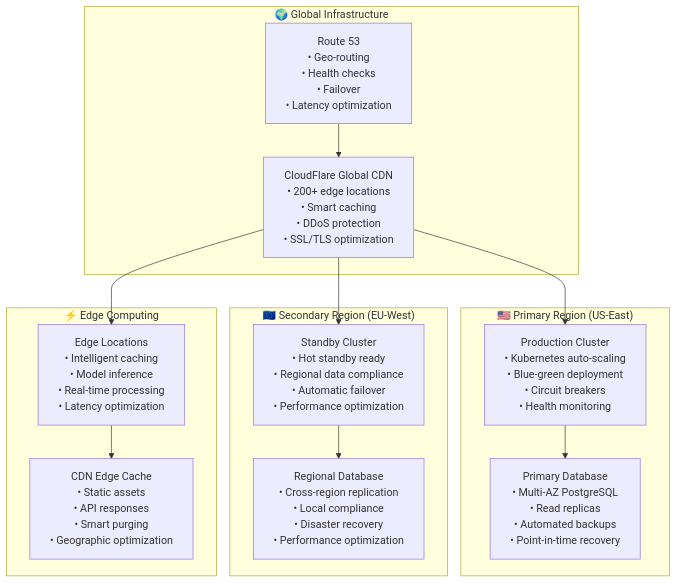
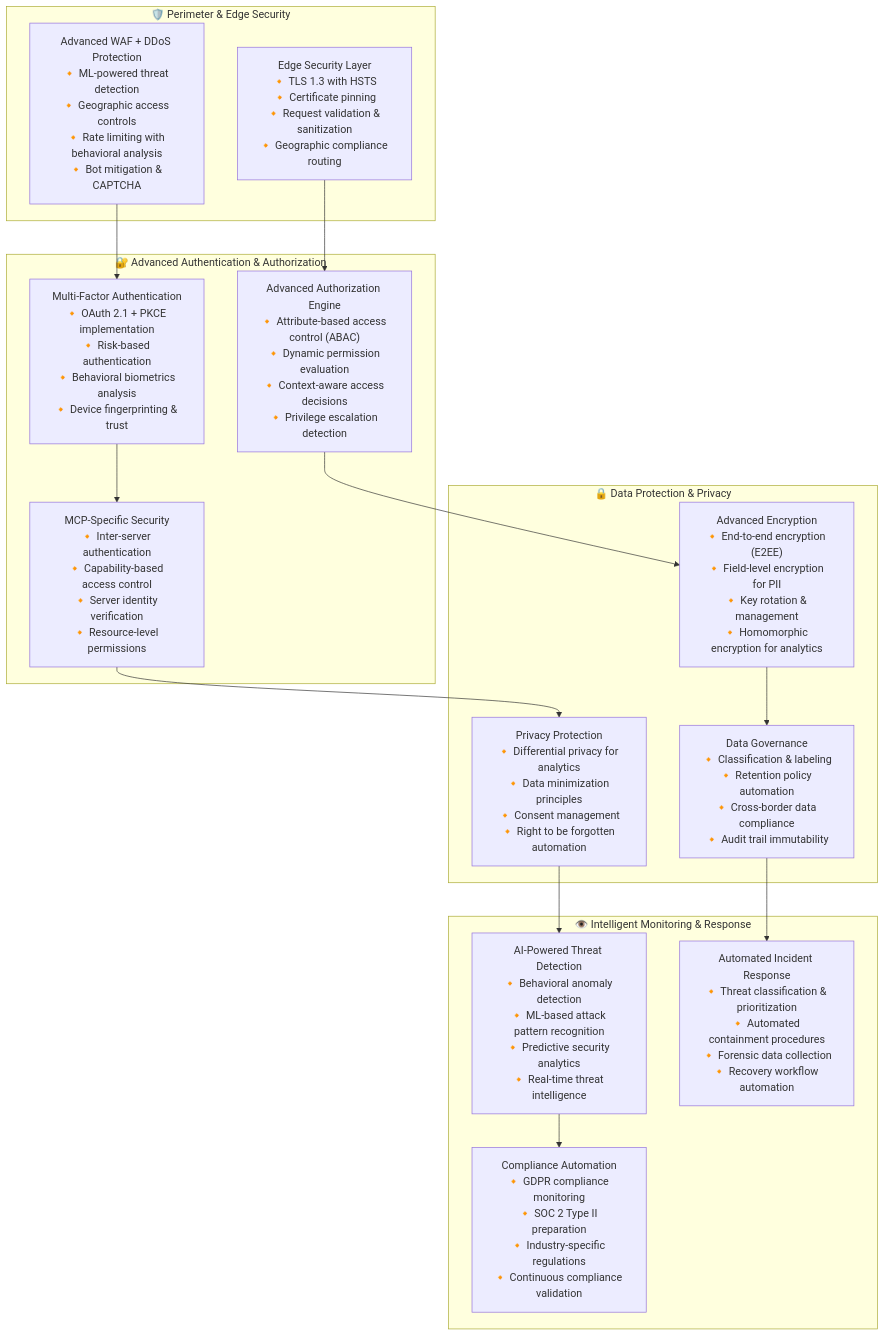
Before and after one commit to LSG-hub/Project-001: diagram 12 of 13 in README.md, drawn with Mermaid. The commit also changed other lines of this file, not shown here.

````diff
--- a/README.md
+++ b/README.md
@@ -956,34 +2210,42 @@
 ```mermaid
 graph TB
-    subgraph Global["🌍 Global Infrastructure"]
-        DNS["Route 53<br/>• Geo-routing<br/>• Health checks<br/>• Failover<br/>• Latency optimization"]
+    subgraph "🛡️ Perimeter & Edge Security"
+        WAF["Advanced WAF + DDoS Protection<br/>🔸 ML-powered threat detection<br/>🔸 Geographic access controls<br/>🔸 Rate limiting with behavioral analysis<br/>🔸 Bot mitigation & CAPTCHA"]
         
-        CDN["CloudFlare Global CDN<br/>• 200+ edge locations<br/>• Smart caching<br/>• DDoS protection<br/>• SSL/TLS optimization"]
+        EdgeSecurity["Edge Security Layer<br/>🔸 TLS 1.3 with HSTS<br/>🔸 Certificate pinning<br/>🔸 Request validation & sanitization<br/>🔸 Geographic compliance routing"]
     end
     
-    subgraph Primary["🇺🇸 Primary Region (US-East)"]
-        USApp["Production Cluster<br/>• Kubernetes auto-scaling<br/>• Blue-green deployment<br/>• Circuit breakers<br/>• Health monitoring"]
+    subgraph "🔐 Advanced Authentication & Authorization"
+        AuthSystem["Multi-Factor Authentication<br/>🔸 OAuth 2.1 + PKCE implementation<br/>🔸 Risk-based authentication<br/>🔸 Behavioral biometrics analysis<br/>🔸 Device fingerprinting & trust"]
         
-        USData["Primary Database<br/>• Multi-AZ PostgreSQL<br/>• Read replicas<br/>• Automated backups<br/>• Point-in-time recovery"]
+        AuthZ["Advanced Authorization Engine<br/>🔸 Attribute-based access control (ABAC)<br/>🔸 Dynamic permission evaluation<br/>🔸 Context-aware access decisions<br/>🔸 Privilege escalation detection"]
+        
+        MCPSec["MCP-Specific Security<br/>🔸 Inter-server authentication<br/>🔸 Capability-based access control<br/>🔸 Server identity verification<br/>🔸 Resource-level permissions"]
     end
     
-    subgraph Secondary["🇪🇺 Secondary Region (EU-West)"]
-        EUApp["Standby Cluster<br/>• Hot standby ready<br/>• Regional data compliance<br/>• Automatic failover<br/>• Performance optimization"]
+    subgraph "🔒 Data Protection & Privacy"
+        Encryption["Advanced Encryption<br/>🔸 End-to-end encryption (E2EE)<br/>🔸 Field-level encryption for PII<br/>🔸 Key rotation & management<br/>🔸 Homomorphic encryption for analytics"]
         
-        EUData["Regional Database<br/>• Cross-region replication<br/>• Local compliance<br/>• Disaster recovery<br/>• Performance optimization"]
+        Privacy["Privacy Protection<br/>🔸 Differential privacy for analytics<br/>🔸 Data minimization principles<br/>🔸 Consent management<br/>🔸 Right to be forgotten automation"]
+        
+        DataGov["Data Governance<br/>🔸 Classification & labeling<br/>🔸 Retention policy automation<br/>🔸 Cross-border data compliance<br/>🔸 Audit trail immutability"]
     end
     
-    subgraph Edge["⚡ Edge Computing"]
-        EdgeNodes["Edge Locations<br/>• Intelligent caching<br/>• Model inference<br/>• Real-time processing<br/>• Latency optimization"]
+    subgraph "👁️ Intelligent Monitoring & Response"
+        ThreatDetection["AI-Powered Threat Detection<br/>🔸 Behavioral anomaly detection<br/>🔸 ML-based attack pattern recognition<br/>🔸 Predictive security analytics<br/>🔸 Real-time threat intelligence"]
         
-        CDNCache["CDN Edge Cache<br/>• Static assets<br/>• API responses<br/>• Smart purging<br/>• Geographic optimization"]
+        IncidentResponse["Automated Incident Response<br/>🔸 Threat classification & prioritization<br/>🔸 Automated containment procedures<br/>🔸 Forensic data collection<br/>🔸 Recovery workflow automation"]
+        
+        Compliance["Compliance Automation<br/>🔸 GDPR compliance monitoring<br/>🔸 SOC 2 Type II preparation<br/>🔸 Industry-specific regulations<br/>🔸 Continuous compliance validation"]
     end
     
-    DNS --> CDN
-    CDN --> USApp
-    CDN --> EUApp
-    USApp --> USData
-    EUApp --> EUData
-    CDN --> EdgeNodes
-    EdgeNodes --> CDNCache
+    WAF --> AuthSystem
+    EdgeSecurity --> AuthZ
+    AuthSystem --> MCPSec
+    AuthZ --> Encryption
+    MCPSec --> Privacy
+    Encryption --> DataGov
+    Privacy --> ThreatDetection
+    DataGov --> IncidentResponse
+    ThreatDetection --> Compliance
 ```
````
